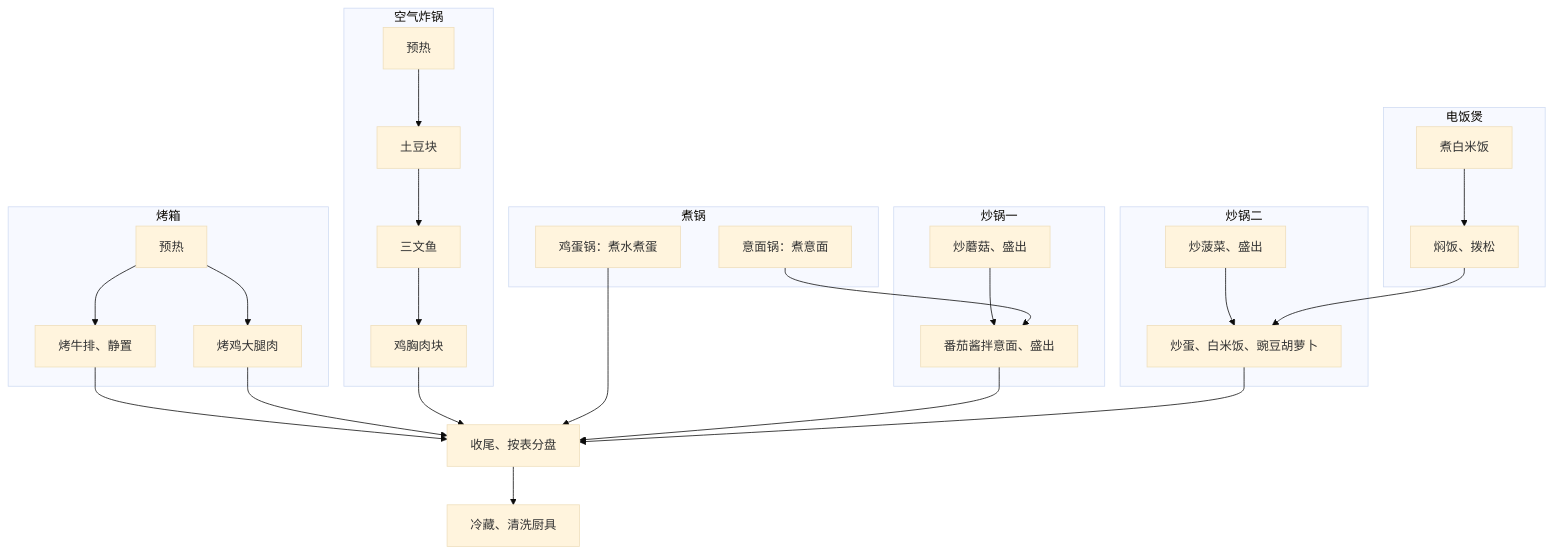
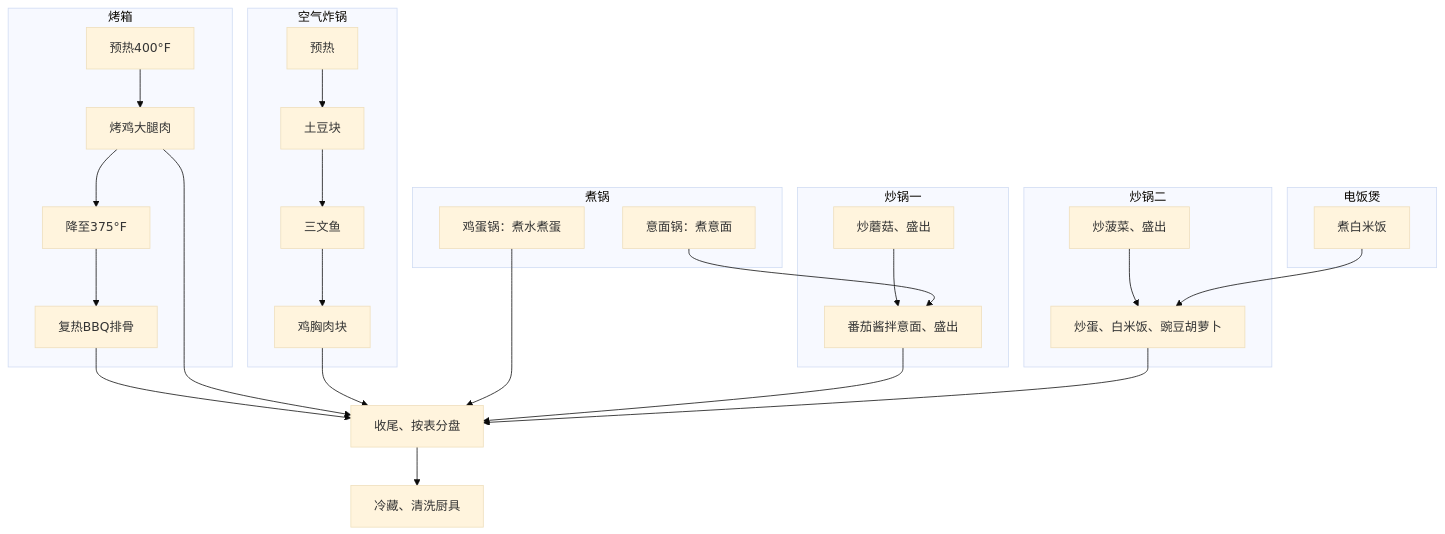
The diagram in content/posts/healthy-eating-plan.md (yunhaixiang/yhmath), drawn with Mermaid (base theme) before and after one commit. The commit also changed other lines of this file and 3 other files, not shown here.

````diff
--- a/content/posts/healthy-eating-plan.md
+++ b/content/posts/healthy-eating-plan.md
@@ -106,32 +108,32 @@
 ```mermaid
 flowchart TB
     subgraph rice[电饭煲]
-        R1[煮白米饭] --> R2[焖饭、拨松]
+        R1[煮白米饭]
     end
     subgraph oven[烤箱]
-        O0[预热] --> O1[烤牛排、静置]
-        O0 --> O2[烤鸡大腿肉]
+        O0[预热400°F] --> O2[烤鸡大腿肉]
+        O2 --> O3[降至375°F] --> O1[复热BBQ排骨]
     end
     subgraph air[空气炸锅]
         A0[预热] --> A4[土豆块] --> A1[三文鱼] --> A2[鸡胸肉块]
     end
     subgraph pots[煮锅]
         P1[意面锅：煮意面]
         P2[鸡蛋锅：煮水煮蛋]
     end
     subgraph wok1[炒锅一]
         W1[炒蘑菇、盛出] --> W3[番茄酱拌意面、盛出]
     end
     subgraph wok2[炒锅二]
         W2[炒菠菜、盛出] --> W4[炒蛋、白米饭、豌豆胡萝卜]
     end
     P1 --> W3
-    R2 --> W4
+    R1 --> W4
     O1 --> F[收尾、按表分盘]
     O2 --> F
     A2 --> F
     P2 --> F
     W3 --> F
     W4 --> F
     F --> C[冷藏、清洗厨具]
 ```
````
